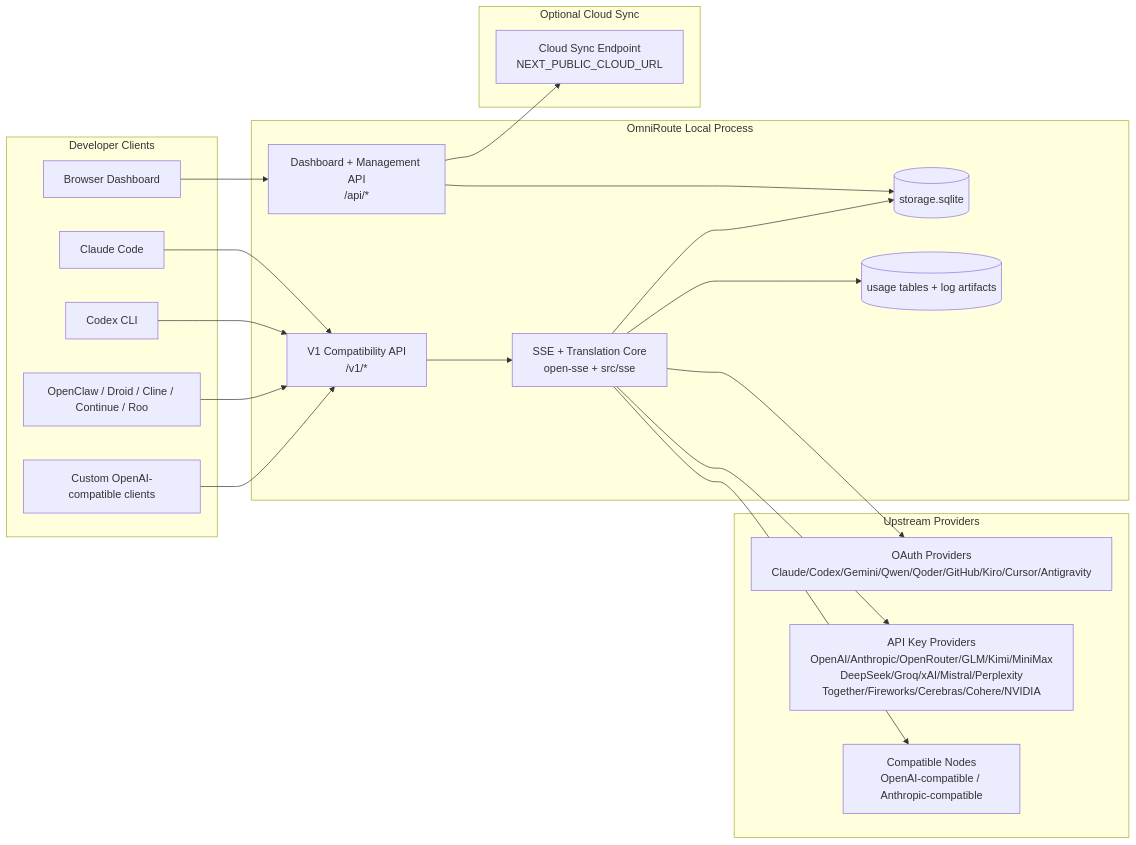
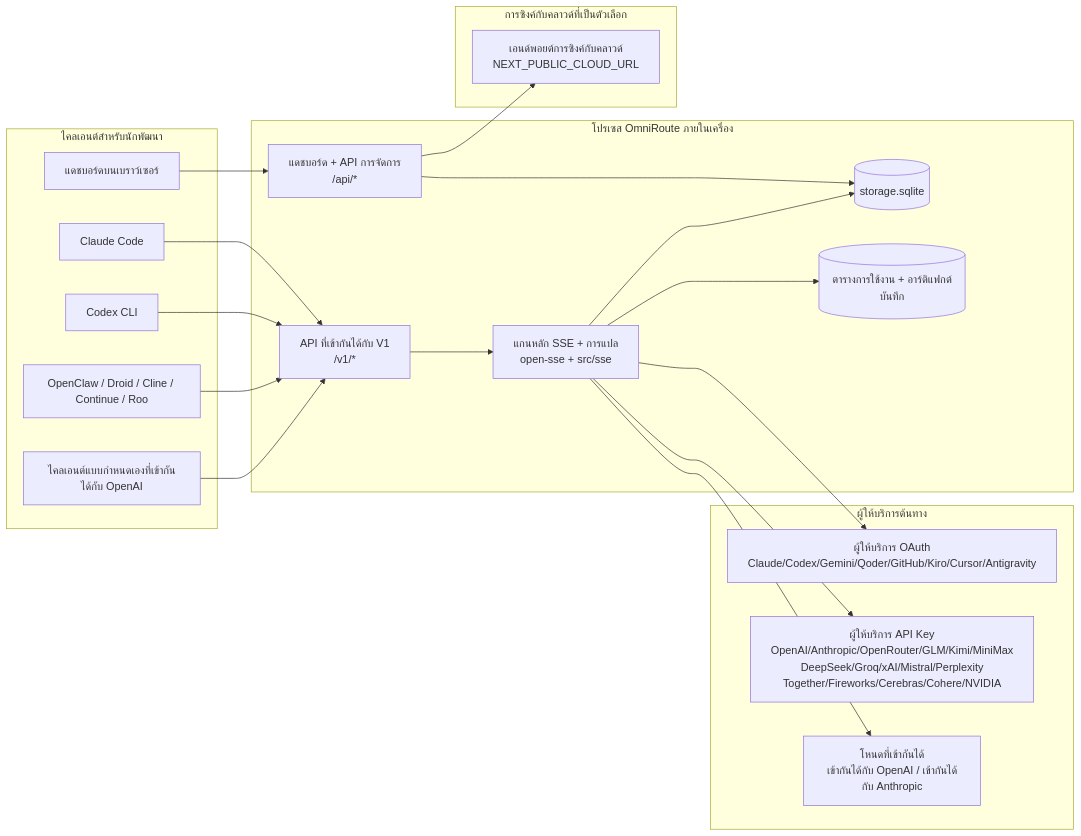
The first of 7 diagrams in docs/i18n/th/docs/architecture/ARCHITECTURE.md (Abhijeet1520/OmniRoute), drawn with Mermaid before and after one commit. The commit also changed other lines of this file and 1154 other files, not shown here.

````diff
--- a/docs/i18n/th/docs/architecture/ARCHITECTURE.md
+++ b/docs/i18n/th/docs/architecture/ARCHITECTURE.md
@@ -121,45 +157,45 @@
 ```mermaid
 flowchart LR
-    subgraph Clients[Developer Clients]
+    subgraph Clients[ไคลเอนต์สำหรับนักพัฒนา]
         C1[Claude Code]
         C2[Codex CLI]
         C3[OpenClaw / Droid / Cline / Continue / Roo]
-        C4[Custom OpenAI-compatible clients]
-        BROWSER[Browser Dashboard]
+        C4[ไคลเอนต์แบบกำหนดเองที่เข้ากันได้กับ OpenAI]
+        BROWSER[แดชบอร์ดบนเบราว์เซอร์]
     end
 
-    subgraph Router[OmniRoute Local Process]
-        API[V1 Compatibility API\n/v1/*]
-        DASH[Dashboard + Management API\n/api/*]
-        CORE[SSE + Translation Core\nopen-sse + src/sse]
+    subgraph Router[โปรเซส OmniRoute ภายในเครื่อง]
+        API[API ที่เข้ากันได้กับ V1\n/v1/*]
+        DASH[แดชบอร์ด + API การจัดการ\n/api/*]
+        CORE[แกนหลัก SSE + การแปล\nopen-sse + src/sse]
         DB[(storage.sqlite)]
-        UDB[(usage tables + log artifacts)]
+        UDB[(ตารางการใช้งาน + อาร์ติแฟกต์บันทึก)]
     end
 
-    subgraph Upstreams[Upstream Providers]
-        P1[OAuth Providers\nClaude/Codex/Gemini/Qwen/Qoder/GitHub/Kiro/Cursor/Antigravity]
-        P2[API Key Providers\nOpenAI/Anthropic/OpenRouter/GLM/Kimi/MiniMax\nDeepSeek/Groq/xAI/Mistral/Perplexity\nTogether/Fireworks/Cerebras/Cohere/NVIDIA]
-        P3[Compatible Nodes\nOpenAI-compatible / Anthropic-compatible]
+    subgraph Upstreams[ผู้ให้บริการต้นทาง]
+        P1[ผู้ให้บริการ OAuth\nClaude/Codex/Gemini/Qoder/GitHub/Kiro/Cursor/Antigravity]
+        P2[ผู้ให้บริการ API Key\nOpenAI/Anthropic/OpenRouter/GLM/Kimi/MiniMax\nDeepSeek/Groq/xAI/Mistral/Perplexity\nTogether/Fireworks/Cerebras/Cohere/NVIDIA]
+        P3[โหนดที่เข้ากันได้\nเข้ากันได้กับ OpenAI / เข้ากันได้กับ Anthropic]
     end
 
-    subgraph Cloud[Optional Cloud Sync]
-        CLOUD[Cloud Sync Endpoint\nNEXT_PUBLIC_CLOUD_URL]
+    subgraph Cloud[การซิงค์กับคลาวด์ที่เป็นตัวเลือก]
+        CLOUD[เอนด์พอยต์การซิงค์กับคลาวด์\nNEXT_PUBLIC_CLOUD_URL]
     end
 
     C1 --> API
     C2 --> API
     C3 --> API
     C4 --> API
     BROWSER --> DASH
 
     API --> CORE
     DASH --> DB
     CORE --> DB
     CORE --> UDB
 
     CORE --> P1
     CORE --> P2
     CORE --> P3
 
     DASH --> CLOUD
 ```
````
